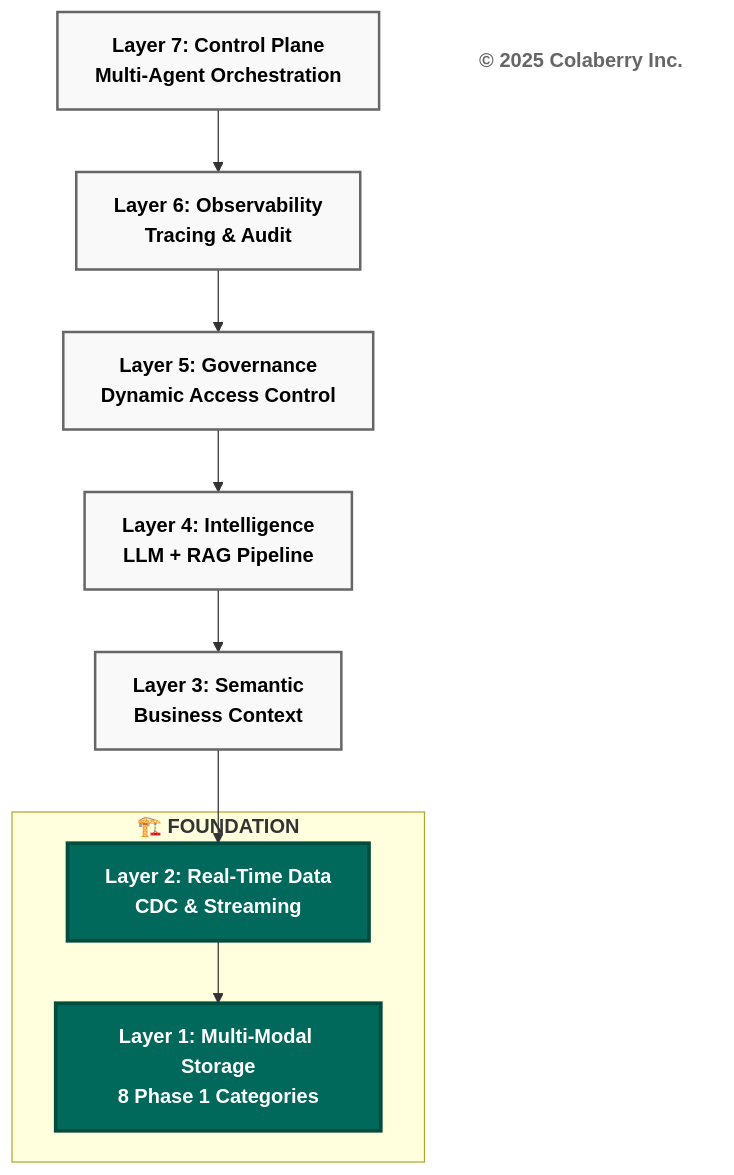
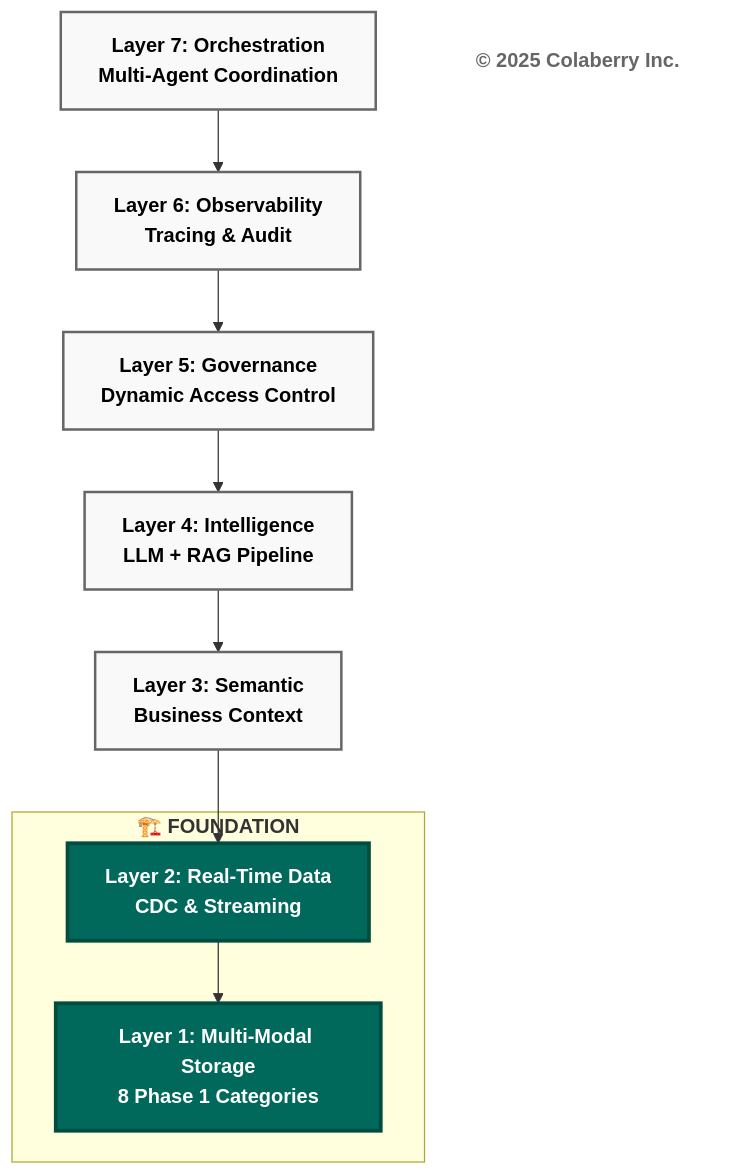
The second of 10 diagrams in manuscript/chapter_4_foundation_layers_v4_1.md (saitejesh-cyber/trust-before-intelligence-book), drawn with Mermaid before and after one commit. The commit also changed other lines of this file and 6 other files, not shown here.

````diff
--- a/manuscript/chapter_4_foundation_layers_v4_1.md
+++ b/manuscript/chapter_4_foundation_layers_v4_1.md
@@ -60,27 +60,27 @@
 ```mermaid
 graph TB
-    L7["<b>Layer 7: Control Plane</b><br/><b>Multi-Agent Orchestration</b>"]
+    L7["<b>Layer 7: Orchestration</b><br/><b>Multi-Agent Coordination</b>"]
     L6["<b>Layer 6: Observability</b><br/><b>Tracing & Audit</b>"]
     L5["<b>Layer 5: Governance</b><br/><b>Dynamic Access Control</b>"]
     L4["<b>Layer 4: Intelligence</b><br/><b>LLM + RAG Pipeline</b>"]
     L3["<b>Layer 3: Semantic</b><br/><b>Business Context</b>"]
     
     subgraph "<b>🏗️ FOUNDATION</b>"
         L2["<b>Layer 2: Real-Time Data</b><br/><b>CDC & Streaming</b>"]
         L1["<b>Layer 1: Multi-Modal Storage</b><br/><b>8 Phase 1 Categories</b>"]
     end
     
     Copyright["<b>© 2025 Colaberry Inc.</b>"]
     
     L7 --> L6 --> L5 --> L4 --> L3
     L3 --> L2 --> L1
     
     style L7 fill:#f9f9f9,stroke:#666666,stroke-width:2px,color:#000000
     style L6 fill:#f9f9f9,stroke:#666666,stroke-width:2px,color:#000000
     style L5 fill:#f9f9f9,stroke:#666666,stroke-width:2px,color:#000000
     style L4 fill:#f9f9f9,stroke:#666666,stroke-width:2px,color:#000000
     style L3 fill:#f9f9f9,stroke:#666666,stroke-width:2px,color:#000000
     style L2 fill:#00695c,color:#ffffff,stroke:#004d40,stroke-width:3px
     style L1 fill:#00695c,color:#ffffff,stroke:#004d40,stroke-width:3px
     style Copyright fill:#ffffff,stroke:none,color:#666666
 ```
````
